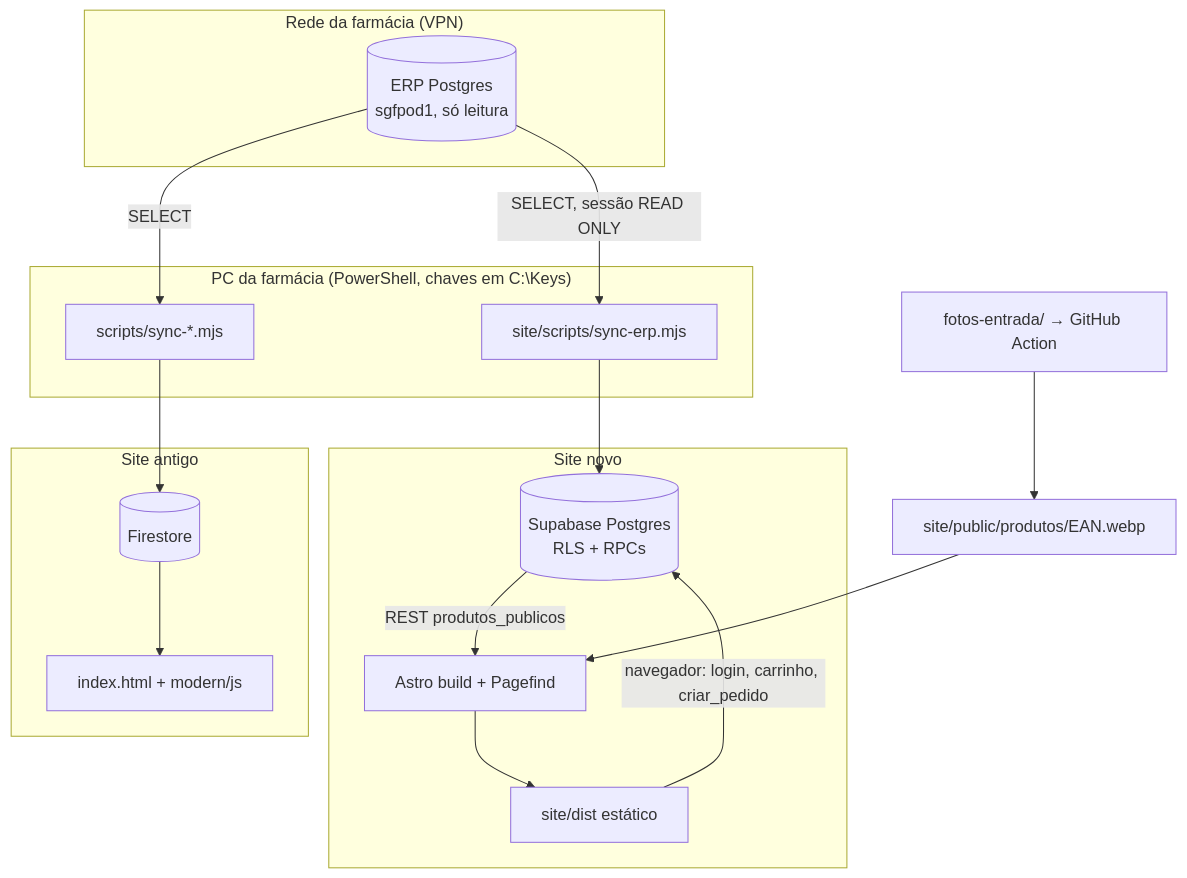
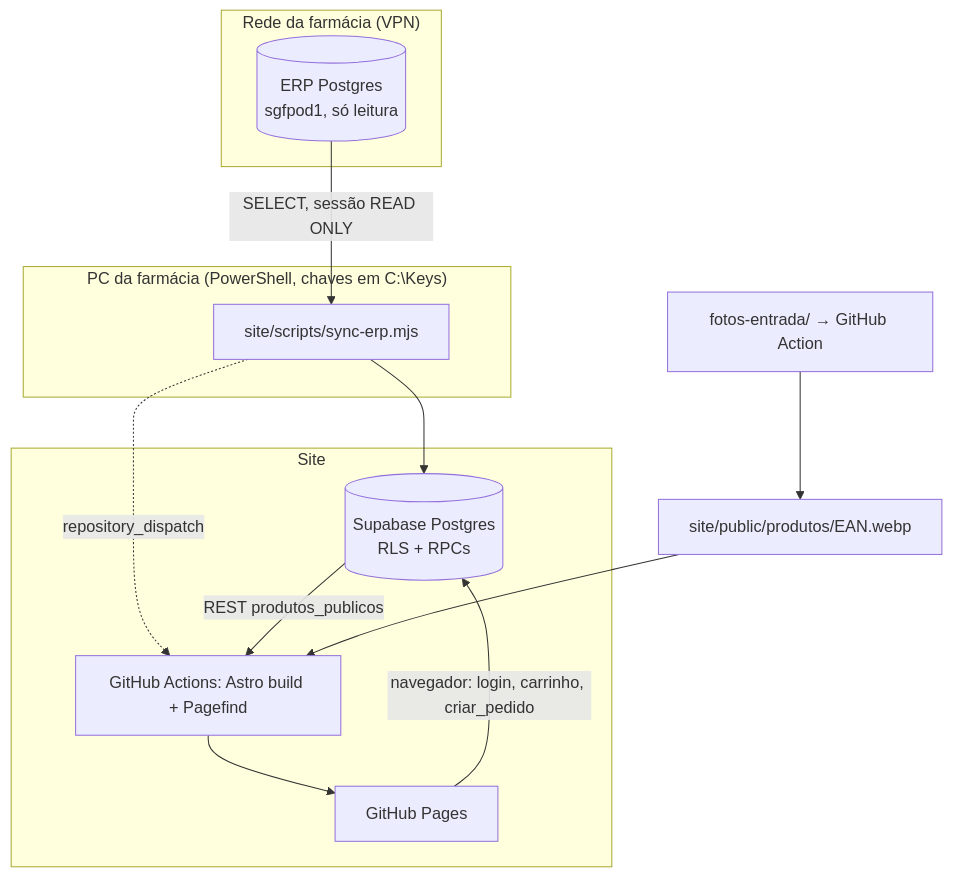
Before and after one commit to henriquecoan-code/farmacia: the first of 2 diagrams in docs/CODEBASE_MAP.md, drawn with Mermaid. The commit also changed other lines of this file and 134 other files, not shown here.

````diff
--- a/docs/CODEBASE_MAP.md
+++ b/docs/CODEBASE_MAP.md
@@ -25,26 +16,21 @@
 ```mermaid
 graph TB
     subgraph Farmácia["Rede da farmácia (VPN)"]
         ERP[(ERP Postgres<br/>sgfpod1, só leitura)]
     end
     subgraph PC["PC da farmácia (PowerShell, chaves em C:\Keys)"]
-        SyncOld[scripts/sync-*.mjs]
-        SyncNew[site/scripts/sync-erp.mjs]
+        Sync[site/scripts/sync-erp.mjs]
     end
-    subgraph Antigo["Site antigo"]
-        FS[(Firestore)]
-        Old[index.html + modern/js]
-    end
-    subgraph Novo["Site novo"]
+    subgraph Site["Site"]
         SB[(Supabase Postgres<br/>RLS + RPCs)]
-        Build[Astro build + Pagefind]
-        New[site/dist estático]
+        Build[GitHub Actions: Astro build + Pagefind]
+        Pages[GitHub Pages]
     end
     Fotos[fotos-entrada/ → GitHub Action] --> PubFotos[site/public/produtos/EAN.webp]
 
-    ERP -->|SELECT| SyncOld --> FS --> Old
-    ERP -->|SELECT, sessão READ ONLY| SyncNew --> SB
-    SB -->|REST produtos_publicos| Build --> New
+    ERP -->|SELECT, sessão READ ONLY| Sync --> SB
+    Sync -.->|repository_dispatch| Build
+    SB -->|REST produtos_publicos| Build --> Pages
     PubFotos --> Build
-    New -->|navegador: login, carrinho, criar_pedido| SB
+    Pages -->|navegador: login, carrinho, criar_pedido| SB
 ```
````
